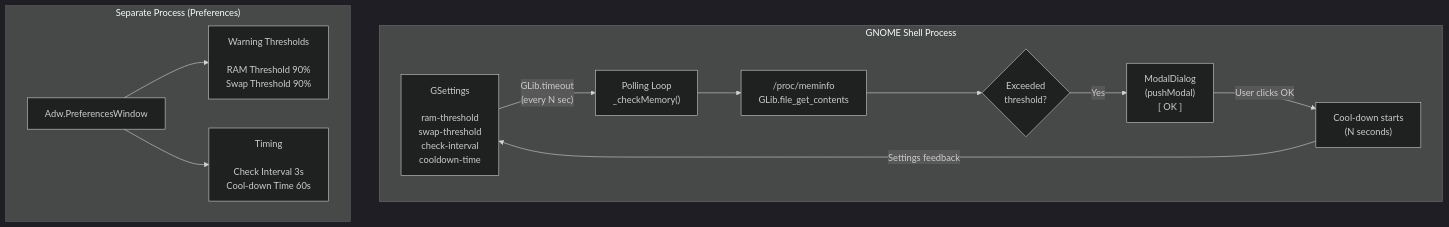
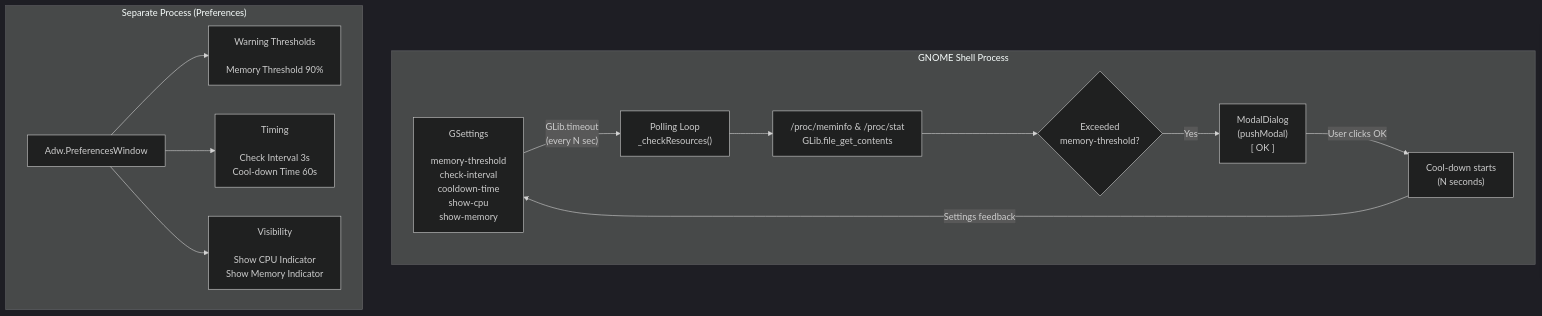
One commit to haiphamngoc-dev/memory-guard changed the diagram in README.md. Above: the diagram before and after it, drawn with Mermaid (dark theme). The commit also changed other lines of this file and 7 other files, not shown here.

````diff
--- a/README.md
+++ b/README.md
@@ -30,27 +31,29 @@
 ```mermaid
 graph TD
     subgraph GNOME["GNOME Shell Process"]
-        GS["GSettings</br></br>ram-threshold</br>swap-threshold</br>check-interval</br>cooldown-time"]
-        PL["Polling Loop</br>_checkMemory()"];
-        PROC["/proc/meminfo</br>GLib.file_get_contents"];
-        THR{"Exceeded</br>threshold?"};
+        GS["GSettings</br></br>memory-threshold</br>check-interval</br>cooldown-time</br>show-cpu</br>show-memory"]
+        PL["Polling Loop</br>_checkResources()"];
+        PROC["/proc/meminfo & /proc/stat</br>GLib.file_get_contents"];
+        THR{"Exceeded</br>memory-threshold?"};
         DLG["ModalDialog</br>(pushModal)</br>[ OK ]"];
         CD["Cool-down starts</br>(N seconds)"];
 
         GS -- "GLib.timeout</br>(every N sec)" --> PL
         PL --> PROC
         PROC --> THR
         THR -- Yes --> DLG
         DLG -- "User clicks OK" --> CD
         CD -- "Settings feedback" --> GS
     end
 
     subgraph PREFS["Separate Process (Preferences)"]
         PW["Adw.PreferencesWindow"]
-        WT["Warning Thresholds</br></br>RAM Threshold  90%</br>Swap Threshold 90%"]
-        TM["Timing</br></br>Check Interval  3s</br>Cool-down Time 60s"]
+        WT["Warning Thresholds</br></br>Memory Threshold 90%"]
+        TM["Timing</br></br>Check Interval 3s</br>Cool-down Time 60s"]
+        SW["Visibility</br></br>Show CPU Indicator</br>Show Memory Indicator"]
 
         PW --> WT
         PW --> TM
+        PW --> SW
     end
 ```
````
